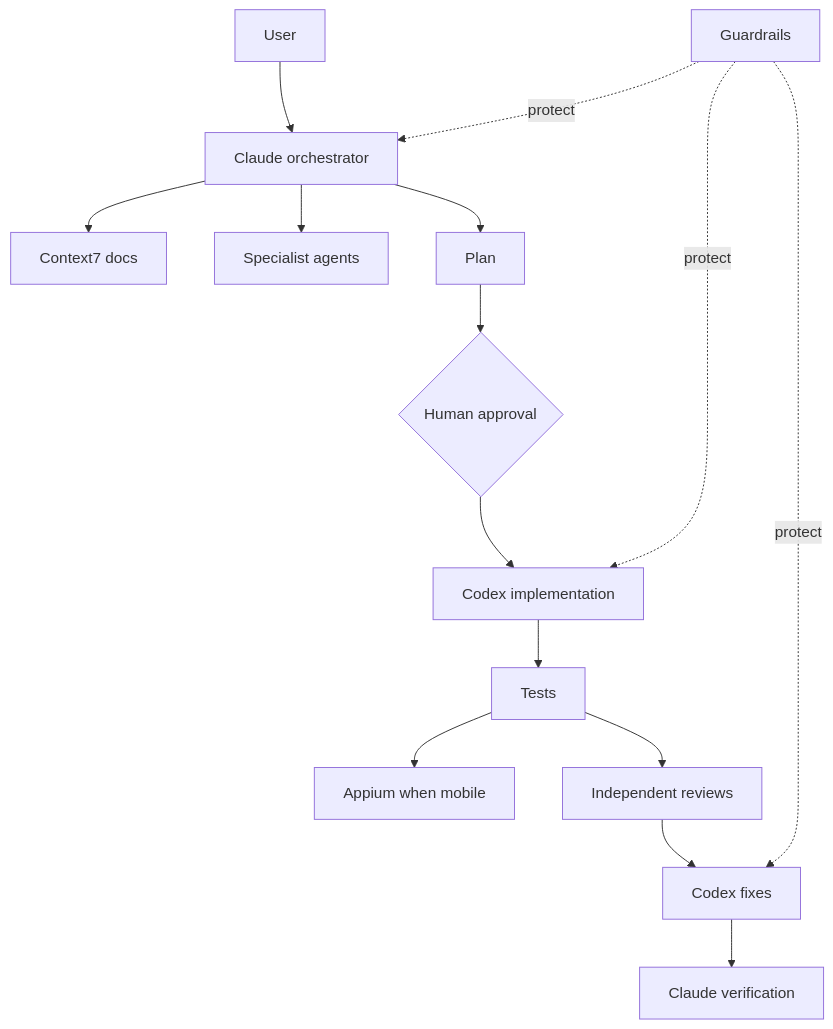
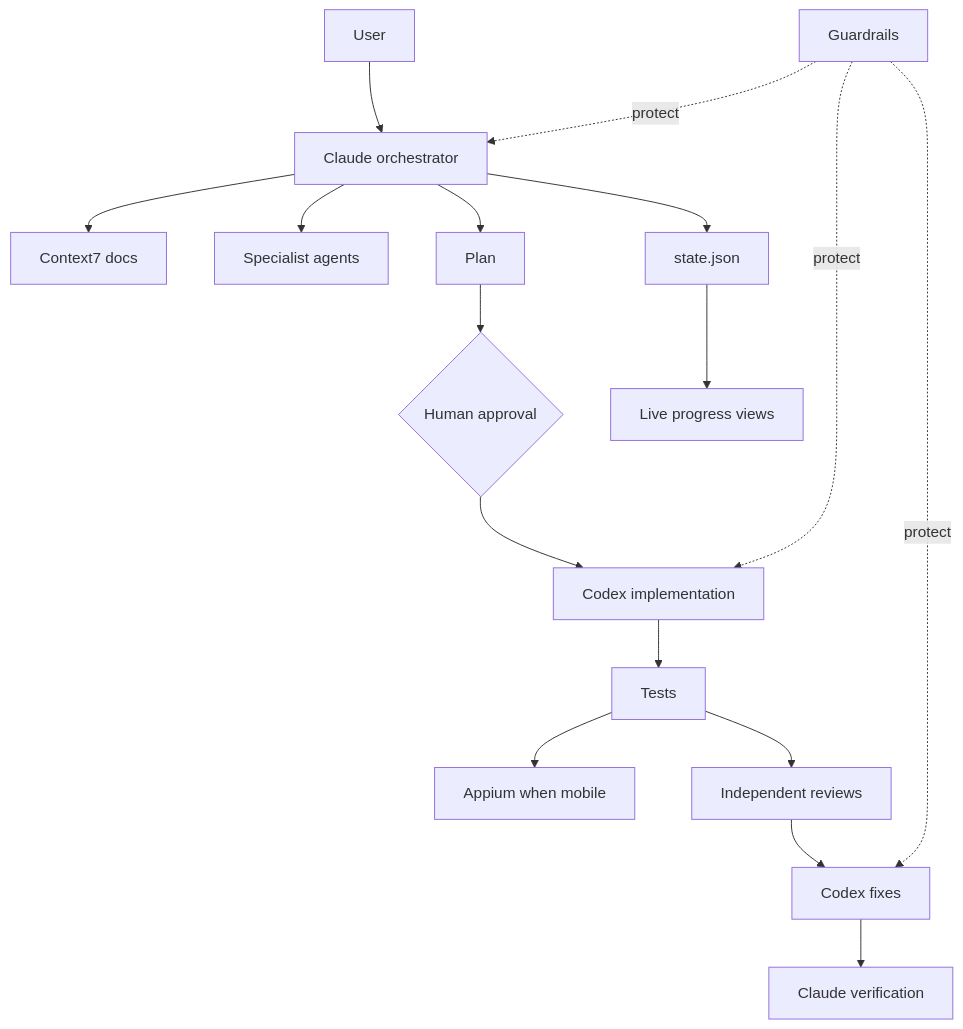
One commit to mohamedma872/ai-agent-workflow-kit changed the third of 3 diagrams in README.md. Above: the diagram before and after it, drawn with Mermaid. The commit also changed other lines of this file and 8 other files, not shown here.

First line of the commit message:
Add live agentic workflow progress dashboard (#5)

````diff
--- a/README.md
+++ b/README.md
@@ -388,22 +456,25 @@
 ```mermaid
 flowchart TB
     U[User] --> C[Claude orchestrator]
 
     C --> D[Context7 docs]
     C --> S[Specialist agents]
     C --> P[Plan]
 
     P --> H{Human approval}
     H --> X[Codex implementation]
 
     X --> T[Tests]
     T --> A[Appium when mobile]
     T --> R[Independent reviews]
 
     R --> F[Codex fixes]
     F --> V[Claude verification]
 
+    C --> ST[state.json]
+    ST --> UI[Live progress views]
+
     G[Guardrails] -. protect .-> C
     G -. protect .-> X
     G -. protect .-> F
 ```
````
